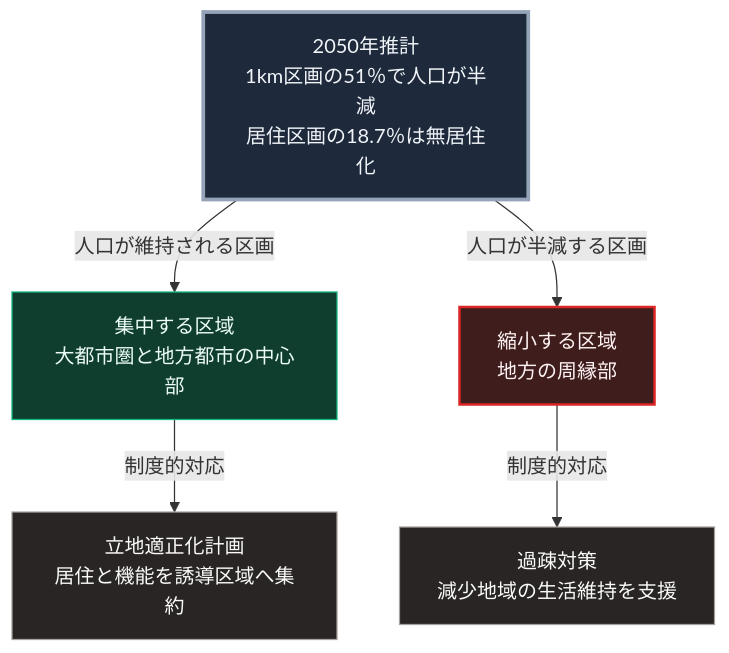
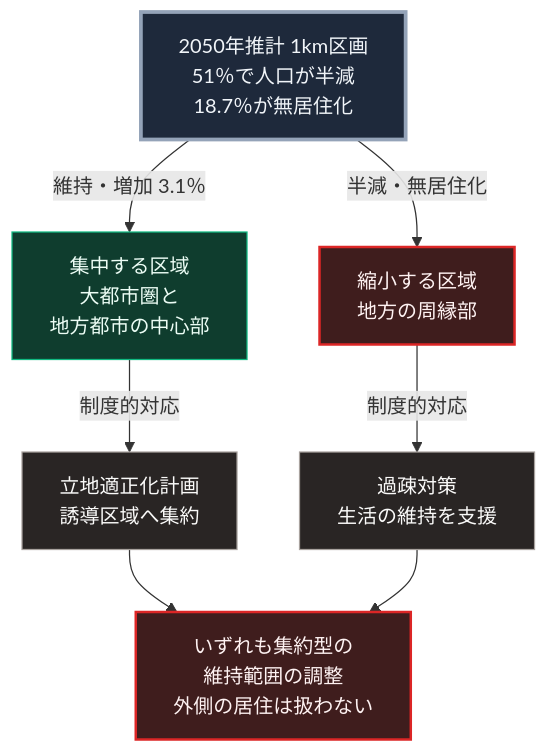
Before and after one commit to Takenori-Kusaka/zenn-content: the diagram in books/sovereign-resilience-blueprint/39_fortressed-cities-vulnerable-wilderness.md, drawn with Mermaid. The commit also changed other lines of this file and 114 other files, not shown here.

````diff
--- a/books/sovereign-resilience-blueprint/39_fortressed-cities-vulnerable-wilderness.md
+++ b/books/sovereign-resilience-blueprint/39_fortressed-cities-vulnerable-wilderness.md
@@ -51,14 +51,17 @@
 ```mermaid
 flowchart TD
-    A[2050年推計<br>1km区画の51％で人口が半減<br>居住区画の18.7％は無居住化]
-    A -->|人口が維持される区画| B[集中する区域<br>大都市圏と地方都市の中心部]
-    A -->|人口が半減する区画| C[縮小する区域<br>地方の周縁部]
-    B -->|制度的対応| D[立地適正化計画<br>居住と機能を誘導区域へ集約]
-    C -->|制度的対応| E[過疎対策<br>減少地域の生活維持を支援]
+    A[2050年推計 1km区画<br>51％で人口が半減<br>18.7％が無居住化]
+    A -->|維持・増加 3.1％| B[集中する区域<br>大都市圏と<br>地方都市の中心部]
+    A -->|半減・無居住化| C[縮小する区域<br>地方の周縁部]
+    B -->|制度的対応| D[立地適正化計画<br>誘導区域へ集約]
+    C -->|制度的対応| E[過疎対策<br>生活の維持を支援]
+    D --> F[いずれも集約型の<br>維持範囲の調整<br>外側の居住は扱わない]
+    E --> F
 
     style A fill:#1e293b,stroke:#94a3b8,stroke-width:3px,color:#f1f5f9
     style B fill:#0f3d2e,stroke:#10b981,color:#ecfdf5
     style C fill:#3f1d1d,stroke:#dc2626,stroke-width:2px,color:#fef2f2
     style D fill:#292524,stroke:#a8a29e,color:#fafaf9
     style E fill:#292524,stroke:#a8a29e,color:#fafaf9
+    style F fill:#3f1d1d,stroke:#dc2626,stroke-width:2px,color:#fef2f2
 ```
````
